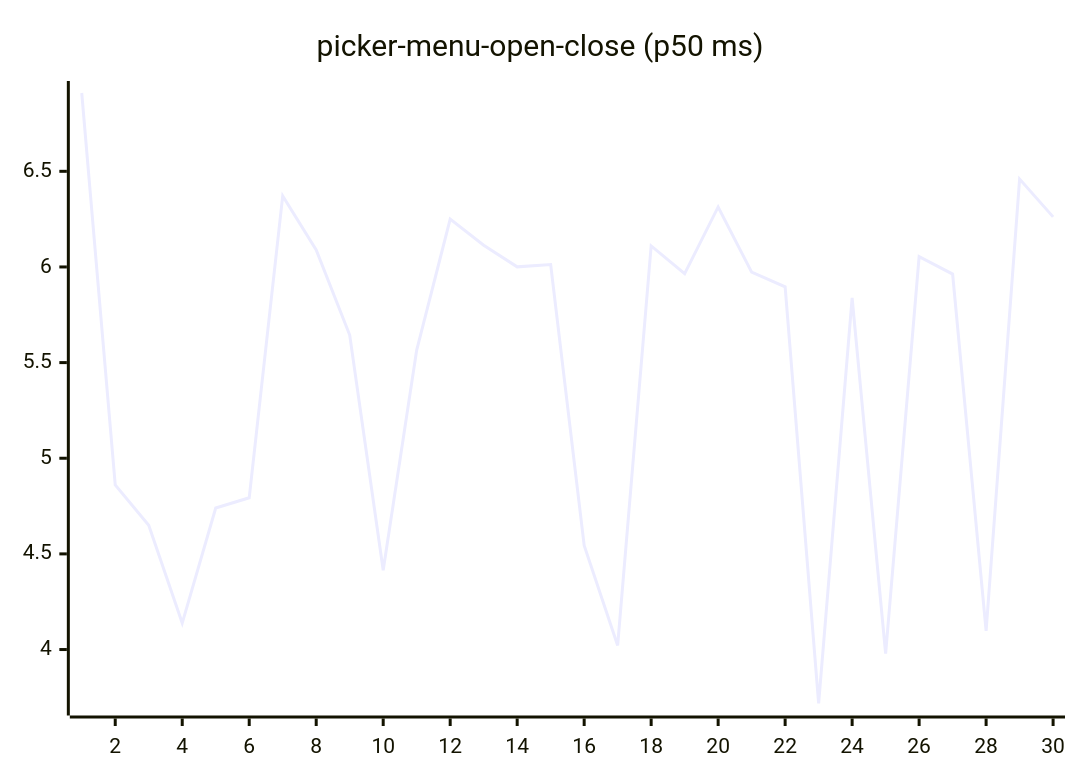
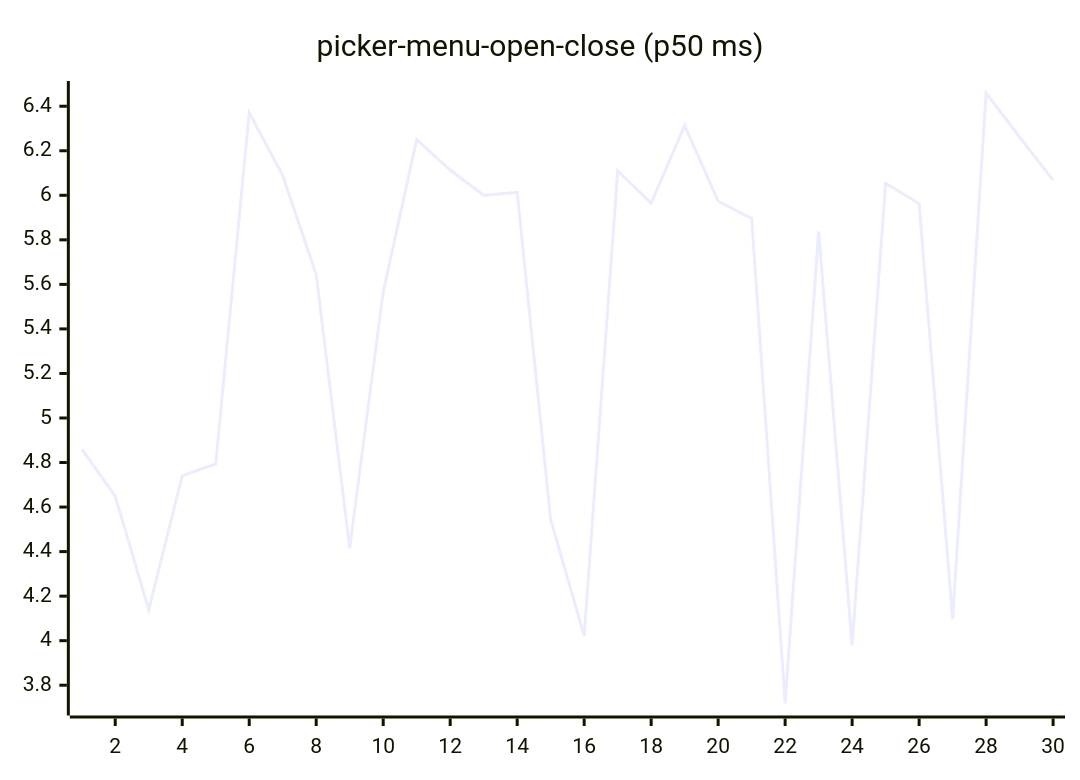
Before and after one commit to josha/Facet: diagram 16 of 27 in README.md, drawn with Mermaid. The commit also changed other lines of this file and 2 other files, not shown here.

````diff
--- a/README.md
+++ b/README.md
@@ -168,6 +168,6 @@
 ```mermaid
 xychart-beta
     title "picker-menu-open-close (p50 ms)"
     x-axis 1 --> 30
-    line [6.9094, 4.8605, 4.6493, 4.1383, 4.7397, 4.7934, 6.3713, 6.0885, 5.6440, 4.4145, 5.5656, 6.2500, 6.1133, 6.0006, 6.0128, 4.5439, 4.0216, 6.1100, 5.9646, 6.3137, 5.9733, 5.8960, 3.7179, 5.8378, 3.9788, 6.0543, 5.9629, 4.0972, 6.4594, 6.2618]
+    line [4.8605, 4.6493, 4.1383, 4.7397, 4.7934, 6.3713, 6.0885, 5.6440, 4.4145, 5.5656, 6.2500, 6.1133, 6.0006, 6.0128, 4.5439, 4.0216, 6.1100, 5.9646, 6.3137, 5.9733, 5.8960, 3.7179, 5.8378, 3.9788, 6.0543, 5.9629, 4.0972, 6.4594, 6.2618, 6.0678]
 ```
````
